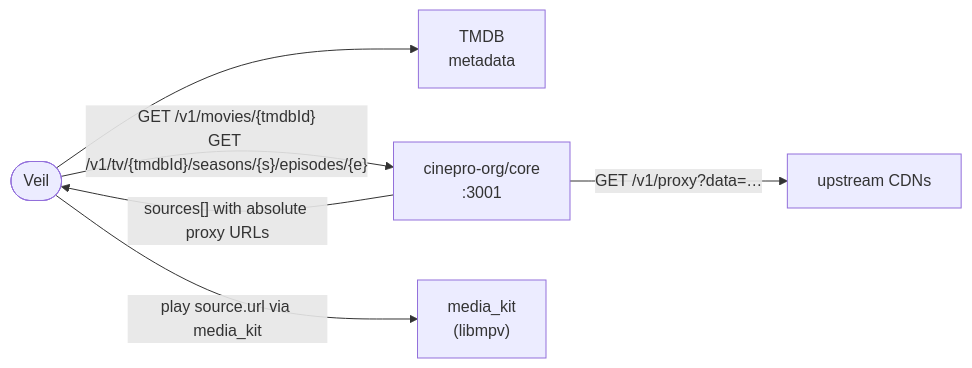
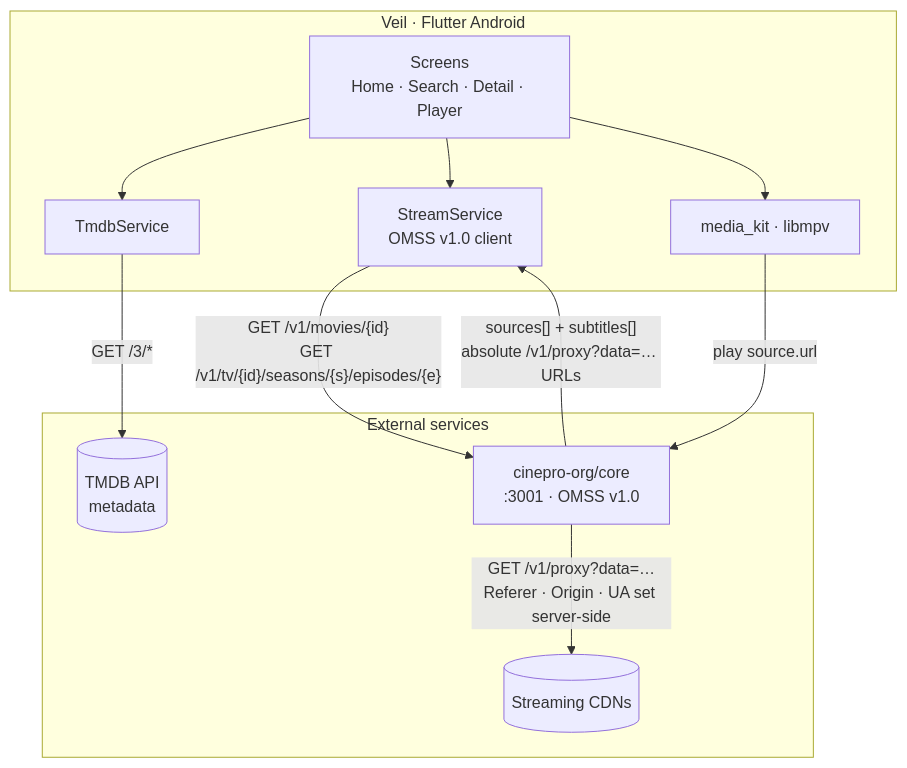
The first of 2 diagrams in README.md (dikshadamahe/veil-android), drawn with Mermaid before and after one commit. The commit also changed other lines of this file, not shown here.

Commit message:
docs: polish README with OMSS architecture diagrams and current player flow

````diff
--- a/README.md
+++ b/README.md
@@ -39,8 +39,24 @@
 ```mermaid
-flowchart LR
-  V(["Veil"]) --> T["TMDB\nmetadata"]
-  V -->|"GET /v1/movies/{tmdbId}\nGET /v1/tv/{tmdbId}/seasons/{s}/episodes/{e}"| C["cinepro-org/core\n:3001"]
-  C -->|"sources[] with absolute proxy URLs"| V
-  V -->|"play source.url via media_kit"| P["media_kit\n(libmpv)"]
-  C -->|"GET /v1/proxy?data=…"| S["upstream CDNs"]
+flowchart TB
+  subgraph client["Veil · Flutter Android"]
+    UI["Screens\nHome · Search · Detail · Player"]
+    TMDB["TmdbService"]
+    OMSS["StreamService\nOMSS v1.0 client"]
+    MK["media_kit · libmpv"]
+    UI --> TMDB
+    UI --> OMSS
+    UI --> MK
+  end
+
+  subgraph external["External services"]
+    TAPI[("TMDB API\nmetadata")]
+    CORE["cinepro-org/core\n:3001 · OMSS v1.0"]
+    CDN[("Streaming CDNs")]
+  end
+
+  TMDB -->|"GET /3/*"| TAPI
+  OMSS -->|"GET /v1/movies/{id}\nGET /v1/tv/{id}/seasons/{s}/episodes/{e}"| CORE
+  CORE -->|"sources[] + subtitles[]\nabsolute /v1/proxy?data=… URLs"| OMSS
+  MK -->|"play source.url"| CORE
+  CORE -->|"GET /v1/proxy?data=…\nReferer · Origin · UA set server-side"| CDN
 ```
````
